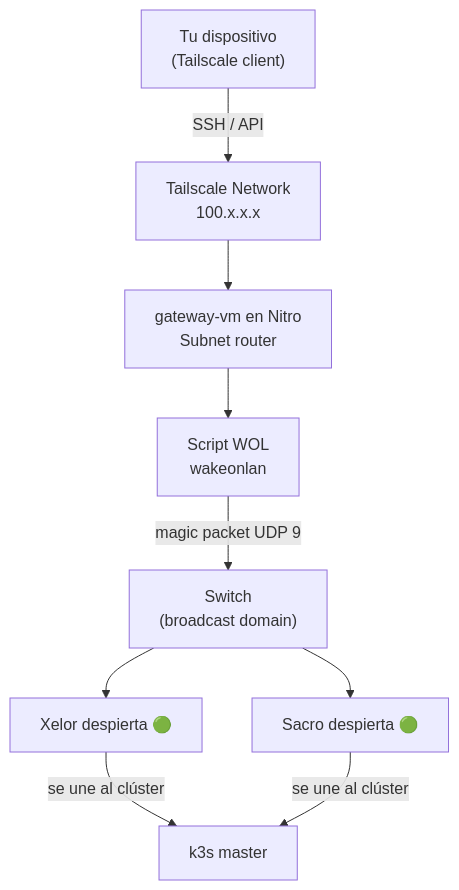
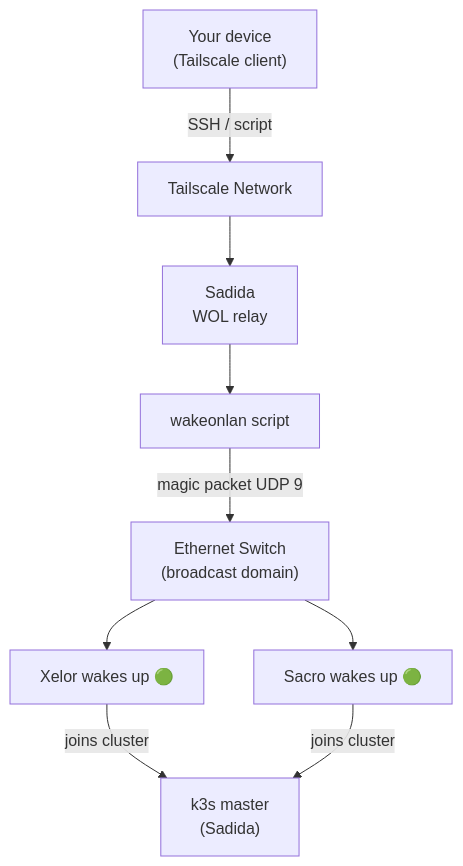
The fourth of 4 diagrams in README.md (SethSterling22/HomeLab_Architecture), drawn with Mermaid before and after one commit. The commit also changed other lines of this file, not shown here.

````diff
--- a/README.md
+++ b/README.md
@@ -183,20 +192,20 @@
 ```mermaid
 flowchart TD
-    DEV["Tu dispositivo\n(Tailscale client)"]
-    TS["Tailscale Network\n100.x.x.x"]
-    GW["gateway-vm en Nitro\nSubnet router"]
-    WOL["Script WOL\nwakeonlan"]
-    SWITCH["Switch\n(broadcast domain)"]
-    XELOR["Xelor despierta 🟢"]
-    SACRO["Sacro despierta 🟢"]
-
-    DEV -->|SSH / API| TS
-    TS --> GW
-    GW --> WOL
+    DEV["Your device\n(Tailscale client)"]
+    TS["Tailscale Network"]
+    SADIDA["Sadida\nWOL relay"]
+    WOL["wakeonlan script"]
+    SWITCH["Ethernet Switch\n(broadcast domain)"]
+    XELOR["Xelor wakes up 🟢"]
+    SACRO["Sacro wakes up 🟢"]
+ 
+    DEV -->|SSH / script| TS
+    TS --> SADIDA
+    SADIDA --> WOL
     WOL -->|magic packet UDP 9| SWITCH
     SWITCH --> XELOR
     SWITCH --> SACRO
-
-    XELOR -->|se une al clúster| K3S["k3s master"]
-    SACRO -->|se une al clúster| K3S
+ 
+    XELOR -->|joins cluster| K3S["k3s master\n(Sadida)"]
+    SACRO -->|joins cluster| K3S
 ```
````
